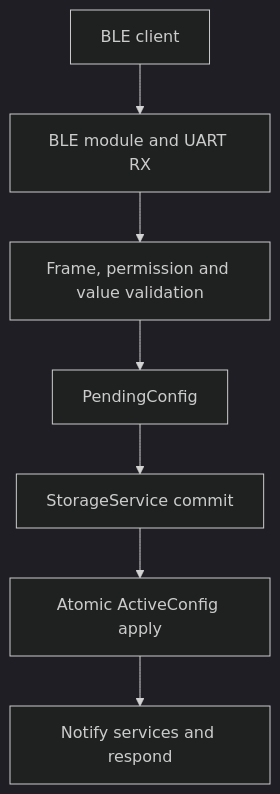
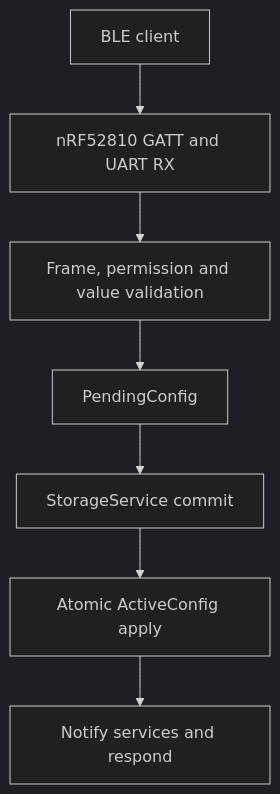
The seventh of 7 diagrams in 1.docs/00_overview/03_operating_principle.md (whoisLePhuc/smart-water-flow-pressure-monitor), drawn with Mermaid (dark theme) before and after one commit. The commit also changed other lines of this file and 14 other files, not shown here.

````diff
--- a/1.docs/00_overview/03_operating_principle.md
+++ b/1.docs/00_overview/03_operating_principle.md
@@ -873,9 +873,9 @@
 ```mermaid
 flowchart TD
-    CLIENT["BLE client"] --> RX["BLE module and UART RX"]
+    CLIENT["BLE client"] --> RX["nRF52810 GATT and UART RX"]
     RX --> VALIDATE["Frame, permission and value validation"]
     VALIDATE --> PENDING["PendingConfig"]
     PENDING --> COMMIT["StorageService commit"]
     COMMIT --> ACTIVE["Atomic ActiveConfig apply"]
     ACTIVE --> RESPONSE["Notify services and respond"]
 ```
````
